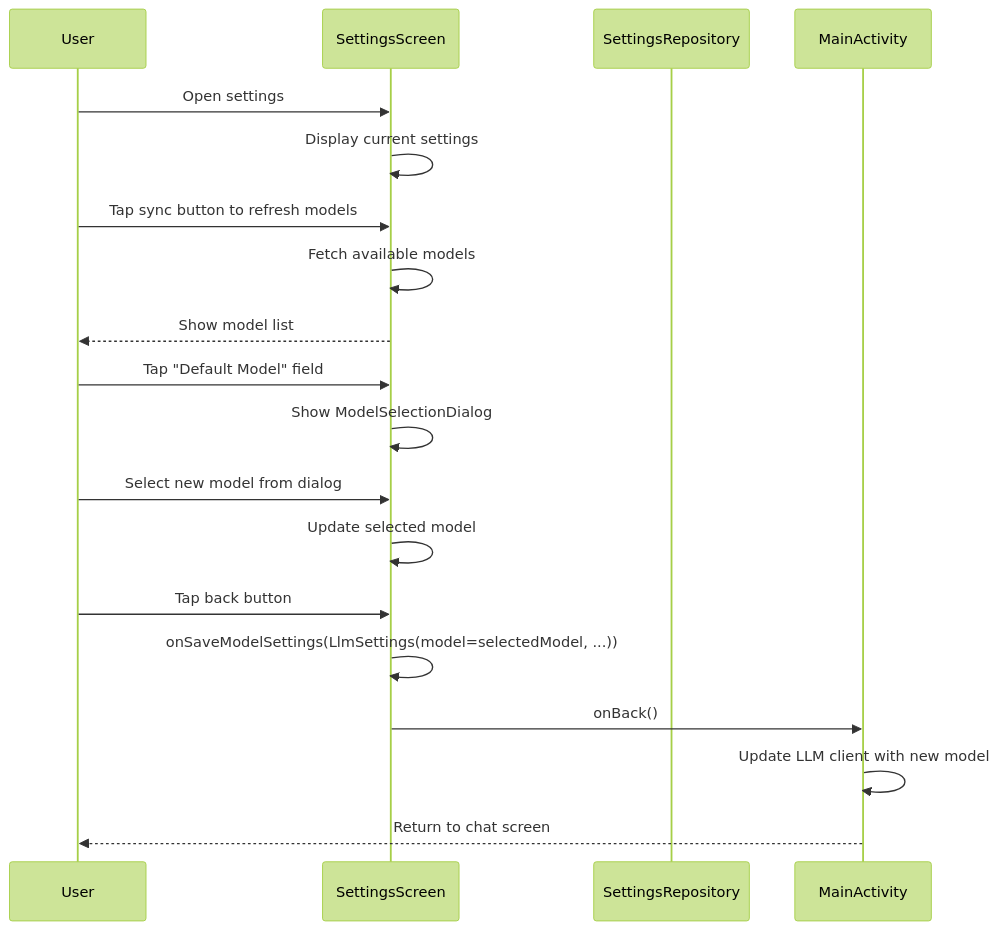
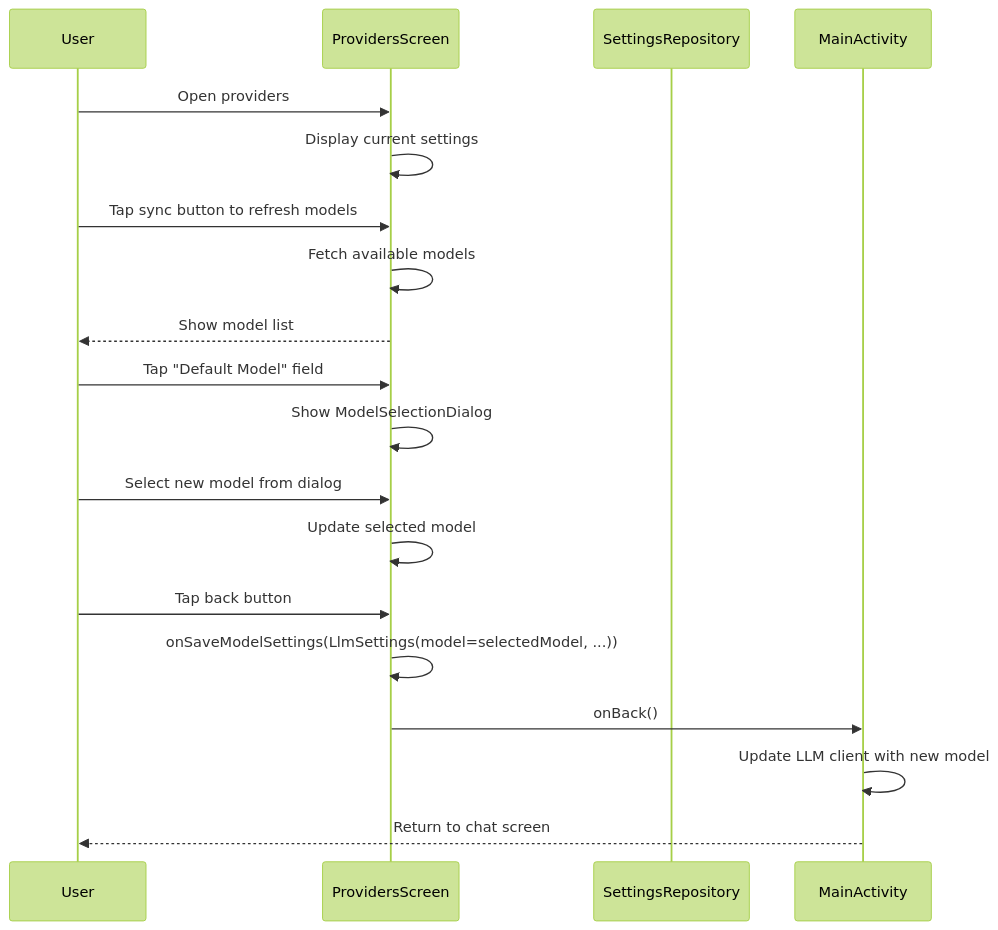
Before and after one commit to lehoang318/buddy: the third of 11 diagrams in docs/seq_others.md, drawn with Mermaid (forest theme). The commit also changed other lines of this file and 48 other files, not shown here.

````diff
--- a/docs/seq_others.md
+++ b/docs/seq_others.md
@@ -103,25 +103,25 @@
 ```mermaid
 sequenceDiagram
     participant User
-    participant SettingsScreen
+    participant ProvidersScreen
     participant SettingsRepository
     participant MainActivity
 
-    User->>SettingsScreen: Open settings
-    SettingsScreen->>SettingsScreen: Display current settings
+    User->>ProvidersScreen: Open providers
+    ProvidersScreen->>ProvidersScreen: Display current settings
 
-    User->>SettingsScreen: Tap sync button to refresh models
-    SettingsScreen->>SettingsScreen: Fetch available models
-    SettingsScreen-->>User: Show model list
+    User->>ProvidersScreen: Tap sync button to refresh models
+    ProvidersScreen->>ProvidersScreen: Fetch available models
+    ProvidersScreen-->>User: Show model list
 
-    User->>SettingsScreen: Tap "Default Model" field
-    SettingsScreen->>SettingsScreen: Show ModelSelectionDialog
-    User->>SettingsScreen: Select new model from dialog
-    SettingsScreen->>SettingsScreen: Update selected model
+    User->>ProvidersScreen: Tap "Default Model" field
+    ProvidersScreen->>ProvidersScreen: Show ModelSelectionDialog
+    User->>ProvidersScreen: Select new model from dialog
+    ProvidersScreen->>ProvidersScreen: Update selected model
 
-    User->>SettingsScreen: Tap back button
-    SettingsScreen->>SettingsScreen: onSaveModelSettings(LlmSettings(model=selectedModel, ...))
-    SettingsScreen->>MainActivity: onBack()
+    User->>ProvidersScreen: Tap back button
+    ProvidersScreen->>ProvidersScreen: onSaveModelSettings(LlmSettings(model=selectedModel, ...))
+    ProvidersScreen->>MainActivity: onBack()
     MainActivity->>MainActivity: Update LLM client with new model
     MainActivity-->>User: Return to chat screen
 ```
````
